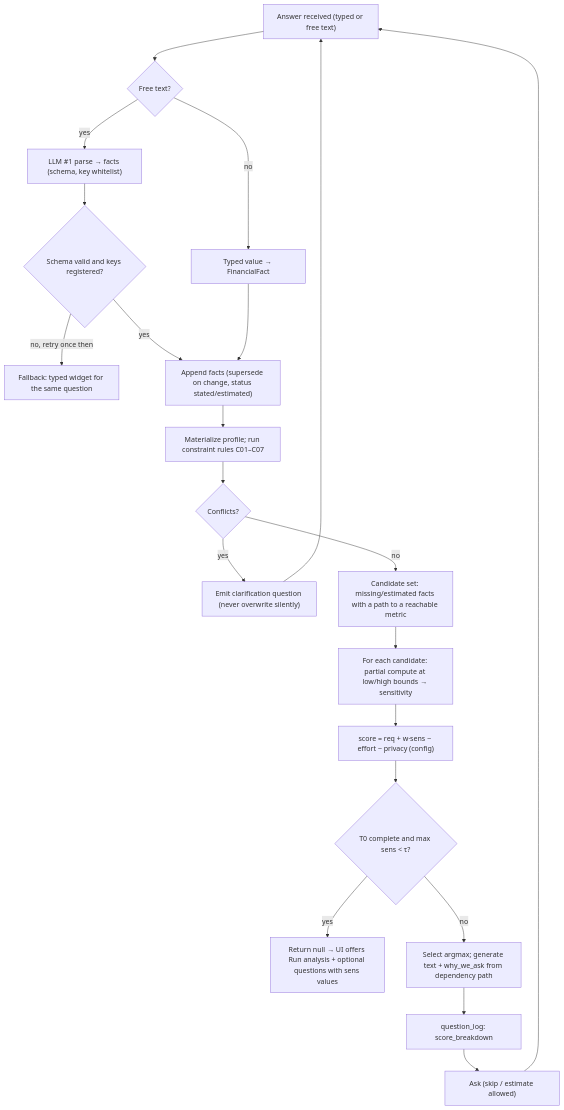
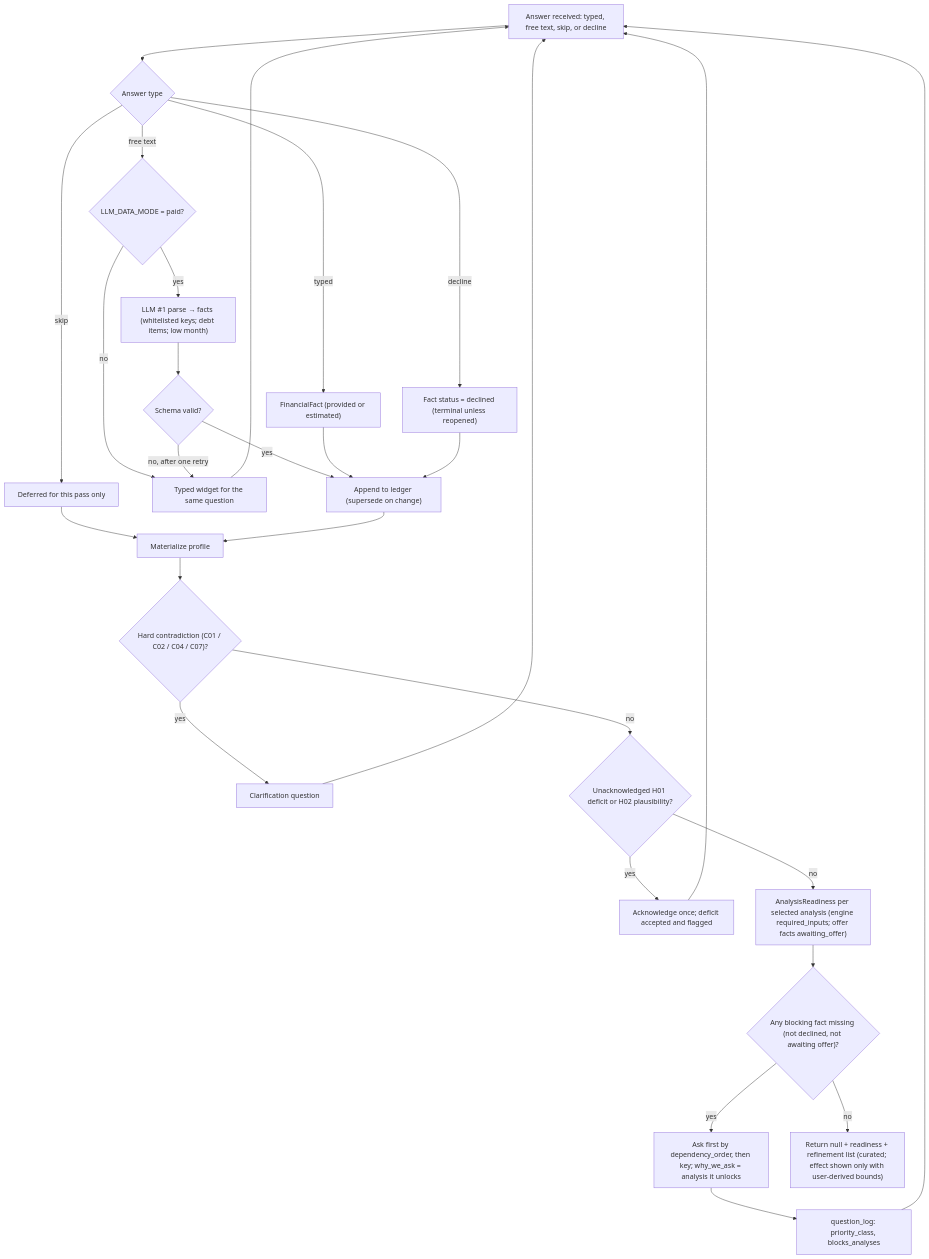
One commit to adipatel0821/CRISPR changed the diagram in architecture-research/diagrams/adaptive_question_workflow.mmd. Above: the diagram before and after it, drawn with Mermaid. The commit also changed 42 other files, not shown here.

First line of the commit message:
docs(architecture): complete six-stage DecisionTwin architecture audit

```diff
--- a/architecture-research/diagrams/adaptive_question_workflow.mmd
+++ b/architecture-research/diagrams/adaptive_question_workflow.mmd
@@ -1,22 +1,26 @@
-%% D. Adaptive question-selection workflow (Stage 1)
+%% D. Adaptive question-selection workflow (Stage 1 v1.1): readiness-driven, lexicographic priority
 flowchart TB
-  START["Answer received (typed or free text)"] --> ISFREE{"Free text?"}
-  ISFREE -->|yes| PARSE["LLM #1 parse → facts (schema, key whitelist)"]
-  ISFREE -->|no| TYPED["Typed value → FinancialFact"]
-  PARSE --> OK{"Schema valid and keys registered?"}
-  OK -->|no, retry once then| WIDGET["Fallback: typed widget for the same question"]
-  OK -->|yes| LEDGER["Append facts (supersede on change, status stated/estimated)"]
-  TYPED --> LEDGER
-  LEDGER --> PROF["Materialize profile; run constraint rules C01–C07"]
-  PROF --> CONF{"Conflicts?"}
-  CONF -->|yes| CLAR["Emit clarification question (never overwrite silently)"]
-  CLAR --> START
-  CONF -->|no| CAND["Candidate set: missing/estimated facts with a path to a reachable metric"]
-  CAND --> SENS["For each candidate: partial compute at low/high bounds → sensitivity"]
-  SENS --> SCORE["score = req + w·sens − effort − privacy (config)"]
-  SCORE --> STOP{"T0 complete and max sens < τ?"}
-  STOP -->|yes| OFFER["Return null → UI offers Run analysis + optional questions with sens values"]
-  STOP -->|no| PICK["Select argmax; generate text + why_we_ask from dependency path"]
-  PICK --> LOG["question_log: score_breakdown"]
-  LOG --> ASK["Ask (skip / estimate allowed)"]
-  ASK --> START
+  START["Answer received: typed, free text, skip, or decline"] --> KIND{"Answer type"}
+  KIND -->|decline| DEC["Fact status = declined (terminal unless reopened)"]
+  KIND -->|skip| SKIP["Deferred for this pass only"]
+  KIND -->|typed| TYPED["FinancialFact (provided or estimated)"]
+  KIND -->|free text| MODE{"LLM_DATA_MODE = paid?"}
+  MODE -->|no| WIDGET["Typed widget for the same question"]
+  MODE -->|yes| PARSE["LLM #1 parse → facts (whitelisted keys; debt items; low month)"]
+  PARSE --> OK{"Schema valid?"}
+  OK -->|no, after one retry| WIDGET
+  OK -->|yes| LEDGER
+  TYPED --> LEDGER["Append to ledger (supersede on change)"]
+  DEC --> LEDGER
+  SKIP --> PROF
+  WIDGET --> START
+  LEDGER --> PROF["Materialize profile"]
+  PROF --> HARD{"Hard contradiction (C01 / C02 / C04 / C07)?"}
+  HARD -->|yes| CLAR["Clarification question"] --> START
+  HARD -->|no| SOFT{"Unacknowledged H01 deficit or H02 plausibility?"}
+  SOFT -->|yes| ACK["Acknowledge once; deficit accepted and flagged"] --> START
+  SOFT -->|no| READY["AnalysisReadiness per selected analysis (engine required_inputs; offer facts awaiting_offer)"]
+  READY --> BLOCK{"Any blocking fact missing (not declined, not awaiting offer)?"}
+  BLOCK -->|yes| PICK["Ask first by dependency_order, then key; why_we_ask = analysis it unlocks"]
+  PICK --> LOG["question_log: priority_class, blocks_analyses"] --> START
+  BLOCK -->|no| DONE["Return null + readiness + refinement list (curated; effect shown only with user-derived bounds)"]
```
